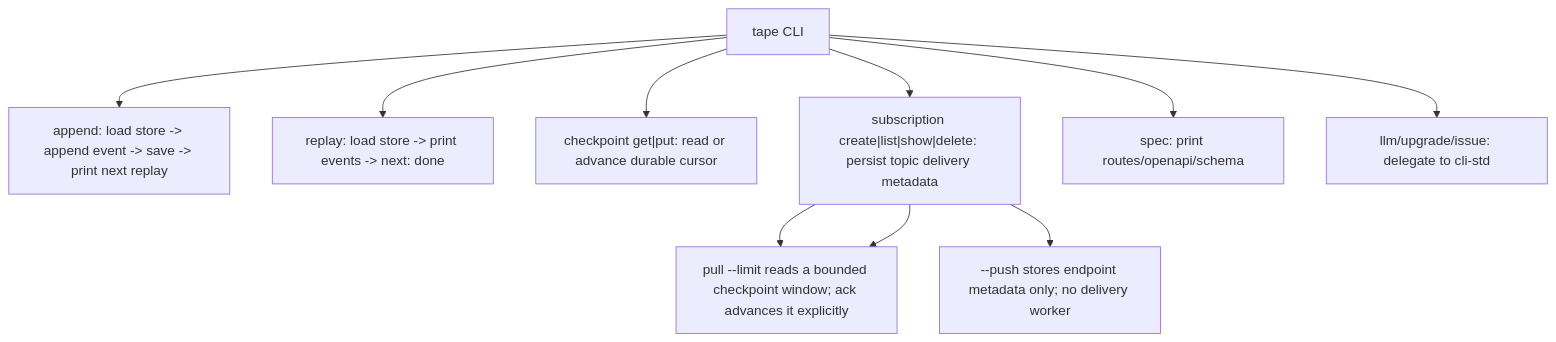
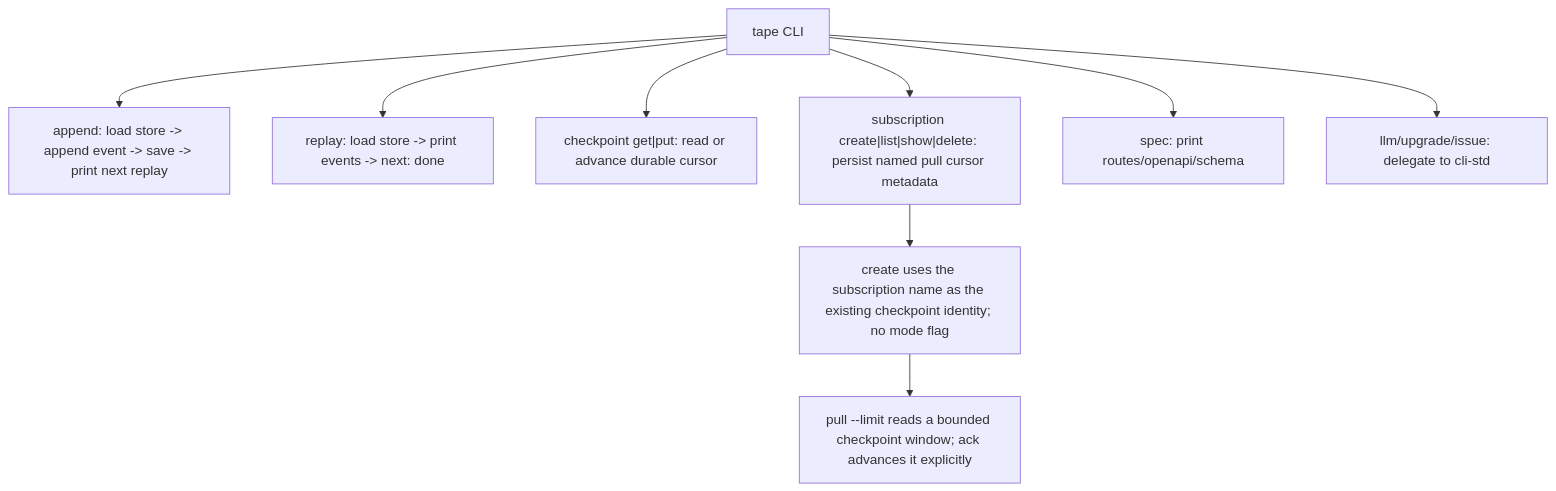
Before and after one commit to chrischeng-c4/axiom: the first of 2 diagrams in apps/tape/tech-design/semantic/source/apps-tape-src-bin-tape-rs.md, drawn with Mermaid. The commit also changed other lines of this file and 297 other files, not shown here.

````diff
--- a/apps/tape/tech-design/semantic/source/apps-tape-src-bin-tape-rs.md
+++ b/apps/tape/tech-design/semantic/source/apps-tape-src-bin-tape-rs.md
@@ -52,15 +52,14 @@
 ```mermaid
 ---
 id: tape-td-flow
 ---
 flowchart TD
     cli["tape CLI"] --> append["append: load store -> append event -> save -> print next replay"]
     cli --> replay["replay: load store -> print events -> next: done"]
     cli --> checkpoint["checkpoint get|put: read or advance durable cursor"]
-    cli --> subscription["subscription create|list|show|delete: persist topic delivery metadata"]
-    subscription --> pull["--pull uses the subscription name as the existing checkpoint identity"]
-    subscription --> push["--push stores endpoint metadata only; no delivery worker"]
-    subscription --> pull["pull --limit reads a bounded checkpoint window; ack advances it explicitly"]
+    cli --> subscription["subscription create|list|show|delete: persist named pull cursor metadata"]
+    subscription --> pull_identity["create uses the subscription name as the existing checkpoint identity; no mode flag"]
+    pull_identity --> pull_window["pull --limit reads a bounded checkpoint window; ack advances it explicitly"]
     cli --> spec["spec: print routes/openapi/schema"]
     cli --> std["llm/upgrade/issue: delegate to cli-std"]
 ```
````
